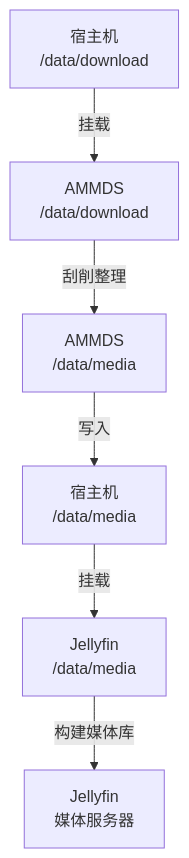
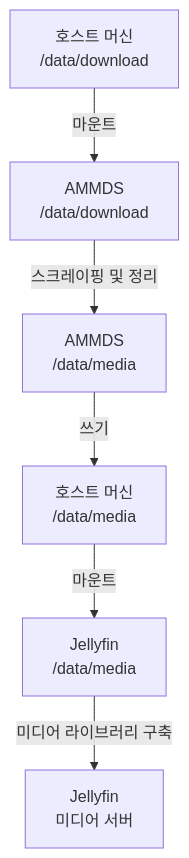
The third of 5 diagrams in i18n/ko/docusaurus-plugin-content-docs/current/usage/Mount.md (QYG2297248353/AMMDS-DOC), drawn with Mermaid before and after one commit. The commit also changed other lines of this file and 23 other files, not shown here.

````diff
--- a/i18n/ko/docusaurus-plugin-content-docs/current/usage/Mount.md
+++ b/i18n/ko/docusaurus-plugin-content-docs/current/usage/Mount.md
@@ -154,9 +154,9 @@
 ```mermaid
 flowchart TD
-    %% 数据流向图
-    HOST_DOWNLOAD["宿主机<br/>/data/download"] -->|"挂载"| AMMDS_DOWNLOAD["AMMDS<br/>/data/download"]
-    AMMDS_DOWNLOAD -->|"刮削整理"| AMMDS_MEDIA["AMMDS<br/>/data/media"]
-    AMMDS_MEDIA -->|"写入"| HOST_MEDIA["宿主机<br/>/data/media"]
-    HOST_MEDIA -->|"挂载"| JELLYFIN_MEDIA["Jellyfin<br/>/data/media"]
-    JELLYFIN_MEDIA -->|"构建媒体库"| JELLYFIN_SERVER["Jellyfin<br/>媒体服务器"]
+    %% 데이터 흐름 다이어그램
+    HOST_DOWNLOAD["호스트 머신<br/>/data/download"] -->|"마운트"| AMMDS_DOWNLOAD["AMMDS<br/>/data/download"]
+    AMMDS_DOWNLOAD -->|"스크레이핑 및 정리"| AMMDS_MEDIA["AMMDS<br/>/data/media"]
+    AMMDS_MEDIA -->|"쓰기"| HOST_MEDIA["호스트 머신<br/>/data/media"]
+    HOST_MEDIA -->|"마운트"| JELLYFIN_MEDIA["Jellyfin<br/>/data/media"]
+    JELLYFIN_MEDIA -->|"미디어 라이브러리 구축"| JELLYFIN_SERVER["Jellyfin<br/>미디어 서버"]
 ```
````
